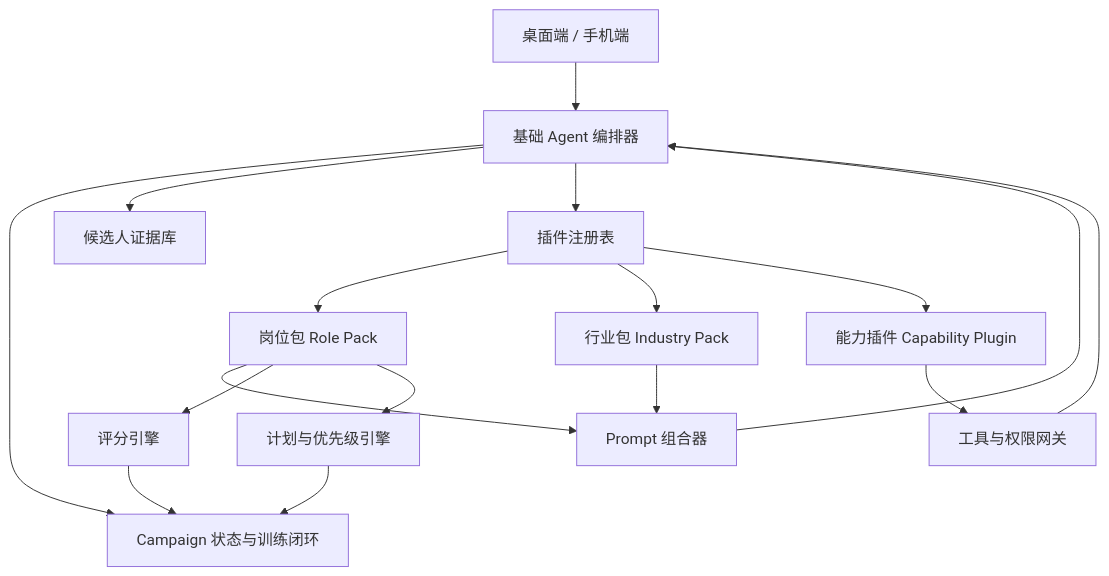
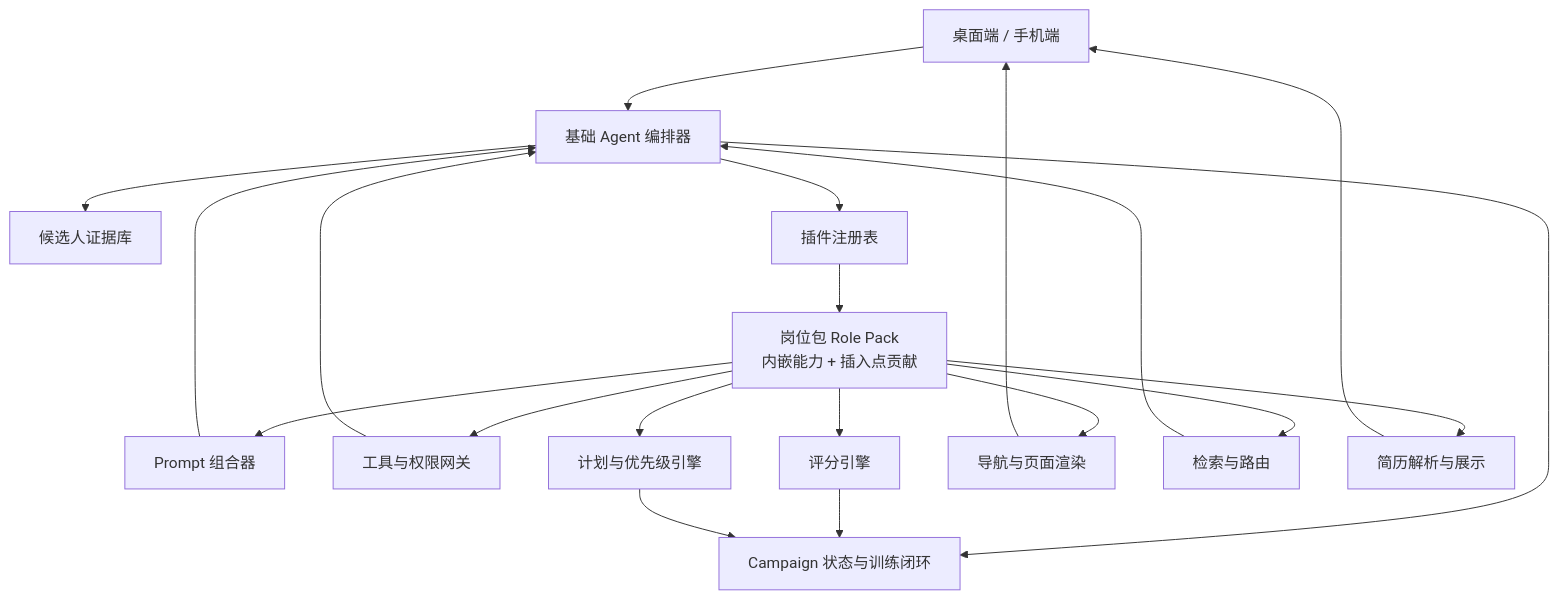
Before and after one commit to ivanzwb/openjob: the first of 2 diagrams in docs/GENERAL_INTERVIEW_AGENT_ARCHITECTURE.md, drawn with Mermaid. The commit also changed other lines of this file, not shown here.

````diff
--- a/docs/GENERAL_INTERVIEW_AGENT_ARCHITECTURE.md
+++ b/docs/GENERAL_INTERVIEW_AGENT_ARCHITECTURE.md
@@ -86,37 +100,41 @@
 ```mermaid
 flowchart TB
     UI[桌面端 / 手机端]
     ORCH[基础 Agent 编排器]
     STATE[Campaign 状态与训练闭环]
     EVIDENCE[候选人证据库]
     REGISTRY[插件注册表]
 
-    ROLE[岗位包 Role Pack]
-    INDUSTRY[行业包 Industry Pack]
-    CAP[能力插件 Capability Plugin]
+    ROLE[岗位包 Role Pack<br/>内嵌能力 + 插入点贡献]
 
     PROMPT[Prompt 组合器]
     TOOLS[工具与权限网关]
     RUBRIC[评分引擎]
     PLAN[计划与优先级引擎]
+    NAV[导航与页面渲染]
+    SEARCH[检索与路由]
+    RESUME[简历解析与展示]
 
     UI --> ORCH
     ORCH --> STATE
     ORCH --> EVIDENCE
     ORCH --> REGISTRY
 
     REGISTRY --> ROLE
-    REGISTRY --> INDUSTRY
-    REGISTRY --> CAP
 
     ROLE --> PROMPT
-    INDUSTRY --> PROMPT
-    CAP --> TOOLS
+    ROLE --> TOOLS
     ROLE --> RUBRIC
     ROLE --> PLAN
+    ROLE --> NAV
+    ROLE --> SEARCH
+    ROLE --> RESUME
 
     PROMPT --> ORCH
     TOOLS --> ORCH
     RUBRIC --> STATE
     PLAN --> STATE
+    NAV --> UI
+    SEARCH --> ORCH
+    RESUME --> UI
 ```
````
